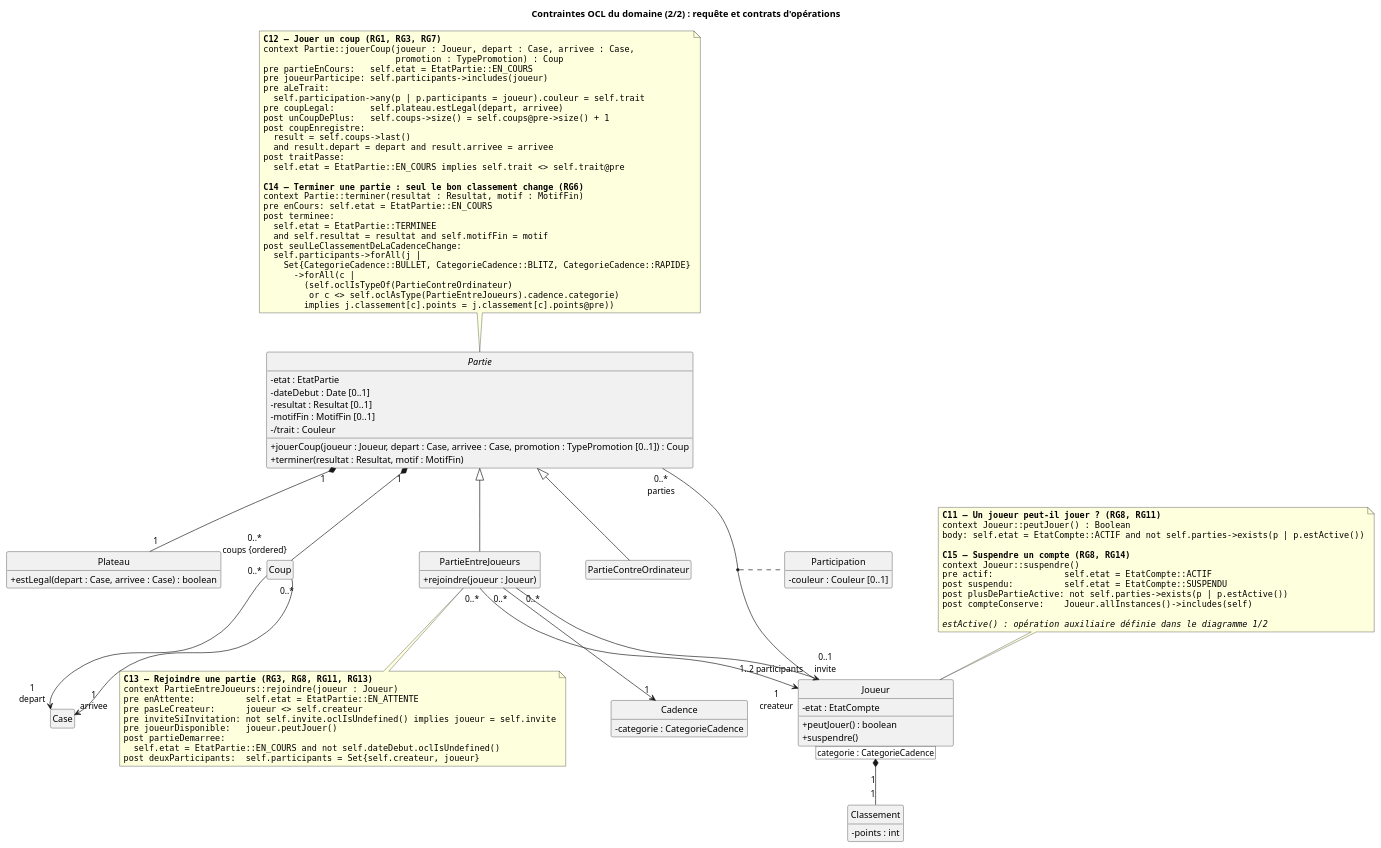
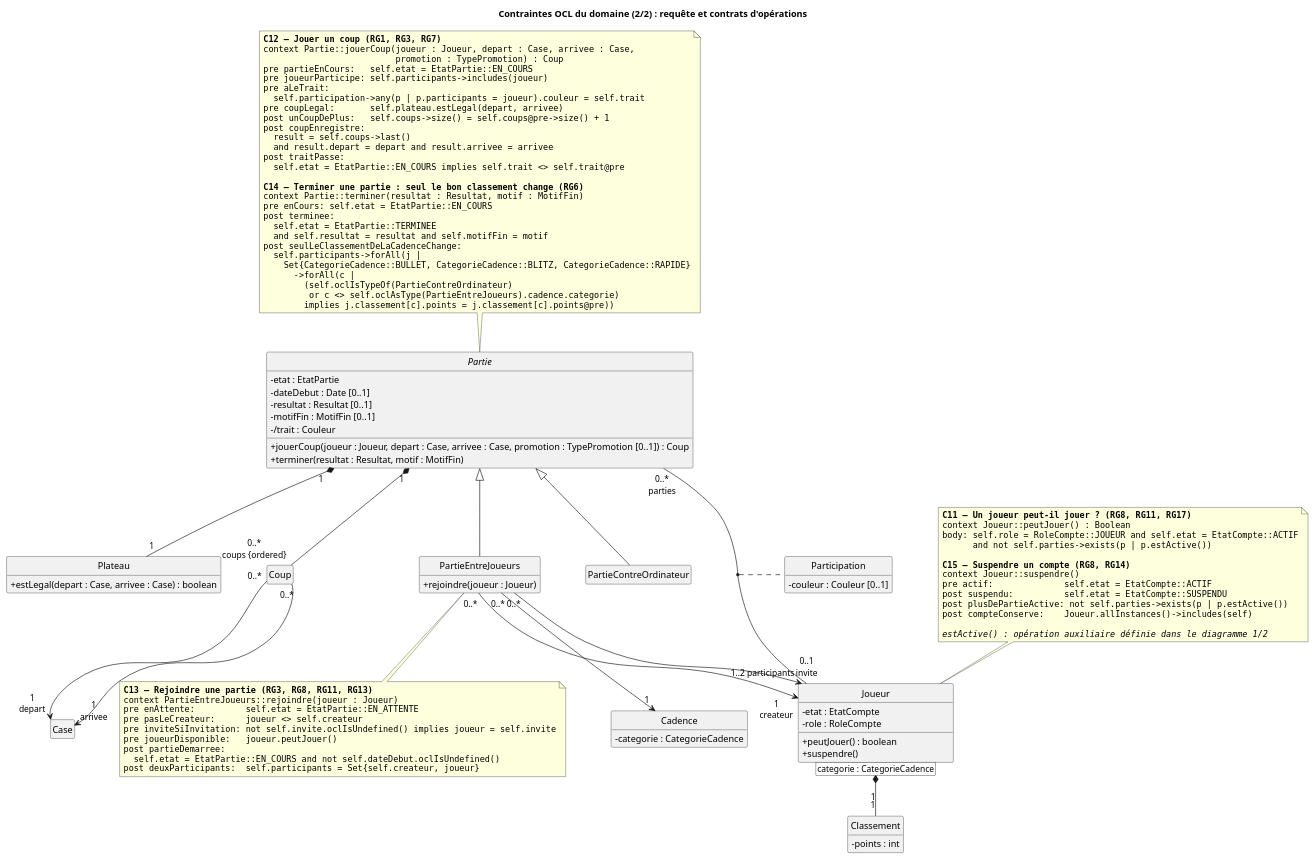
The diagram in diagrams/classes-ocl-contrats.puml (kevinBissouth/projet_echecs_tic315), drawn with PlantUML before and after one commit. The commit also changed 13 other files, not shown here.

Commit message:
docs: add the administrator role and google to the diagrams

```diff
--- a/diagrams/classes-ocl-contrats.puml
+++ b/diagrams/classes-ocl-contrats.puml
@@ -1,145 +1,147 @@
 @startuml classes-ocl-contrats
 ' Vue du modèle du domaine annotée de ses contraintes OCL (jalon J4), 2e partie :
 ' requête et contrats d'opérations (C11 à C15). Les invariants et attributs dérivés
 ' (C1 à C10), ainsi que l'opération auxiliaire estActive(), sont dans
 ' classes-ocl-invariants.puml.
 ' Un modèle, plusieurs diagrammes (cours, §1.5) : les classes ne montrent que les
 ' attributs, rôles et opérations utilisés par les contraintes ; leur contenu complet
 ' est dans classes-domaine.puml. Chaque contrat est une note rattachée à la classe
 ' qui porte l'opération (cours, figure 28).
 ' Le texte OCL est celui de docs/contraintes-ocl.md, qui le justifie : le modifier
 ' aux deux endroits.
 
 title Contraintes OCL du domaine (2/2) : requête et contrats d'opérations
 
 hide circle
 hide empty members
 skinparam classAttributeIconSize 0
 skinparam noteFontName Monospaced
 skinparam nodesep 70
 skinparam ranksep 60
 
 ' ---- Classes (vue partielle) ----
 
 class Joueur {
   - etat : EtatCompte
+  - role : RoleCompte
   + peutJouer() : boolean
   + suspendre()
 }
 
 abstract class Partie {
   - etat : EtatPartie
   - dateDebut : Date [0..1]
   - resultat : Resultat [0..1]
   - motifFin : MotifFin [0..1]
   - /trait : Couleur
   + jouerCoup(joueur : Joueur, depart : Case, arrivee : Case, promotion : TypePromotion [0..1]) : Coup
   + terminer(resultat : Resultat, motif : MotifFin)
 }
 
 class PartieEntreJoueurs {
   + rejoindre(joueur : Joueur)
 }
 class PartieContreOrdinateur
 
 class Participation {
   - couleur : Couleur [0..1]
 }
 
 class Cadence {
   - categorie : CategorieCadence
 }
 
 class Classement {
   - points : int
 }
 
 class Plateau {
   + estLegal(depart : Case, arrivee : Case) : boolean
 }
 
 class Coup
 class Case
 
 Partie <|-- PartieEntreJoueurs
 Partie <|-- PartieContreOrdinateur
 
 Partie "0..*\nparties" -- "1..2 participants" Joueur
 (Partie, Joueur) .. Participation
 PartieEntreJoueurs "0..*" --> "1\ncreateur\n\n" Joueur
 PartieEntreJoueurs "0..*" --> "\n\n0..1\ninvite" Joueur
 PartieEntreJoueurs "0..*" --> "1" Cadence
 Joueur [categorie : CategorieCadence] "\n\n1" *-- "1" Classement
 
 Partie "1" *-- "1" Plateau
 Partie "1" *-- "0..*\ncoups {ordered}" Coup
 Coup "0..*" --> "1\ndepart" Case
 Coup "0..*" --> "1\narrivee" Case
 
 ' ---- Contraintes ----
 
 note top of Joueur
-  <b>C11 — Un joueur peut-il jouer ? (RG8, RG11)</b>
+  <b>C11 — Un joueur peut-il jouer ? (RG8, RG11, RG17)</b>
   context Joueur::peutJouer() : Boolean
-  body: self.etat = EtatCompte::ACTIF and not self.parties->exists(p | p.estActive())
+  body: self.role = RoleCompte::JOUEUR and self.etat = EtatCompte::ACTIF
+        and not self.parties->exists(p | p.estActive())
 
   <b>C15 — Suspendre un compte (RG8, RG14)</b>
   context Joueur::suspendre()
   pre actif:              self.etat = EtatCompte::ACTIF
   post suspendu:          self.etat = EtatCompte::SUSPENDU
   post plusDePartieActive: not self.parties->exists(p | p.estActive())
   post compteConserve:    Joueur.allInstances()->includes(self)
 
   <i>estActive() : opération auxiliaire définie dans le diagramme 1/2</i>
 end note
 
 note top of Partie
   <b>C12 — Jouer un coup (RG1, RG3, RG7)</b>
   context Partie::jouerCoup(joueur : Joueur, depart : Case, arrivee : Case,
                             promotion : TypePromotion) : Coup
   pre partieEnCours:   self.etat = EtatPartie::EN_COURS
   pre joueurParticipe: self.participants->includes(joueur)
   pre aLeTrait:
     self.participation->any(p | p.participants = joueur).couleur = self.trait
   pre coupLegal:       self.plateau.estLegal(depart, arrivee)
   post unCoupDePlus:   self.coups->size() = self.coups@pre->size() + 1
   post coupEnregistre:
     result = self.coups->last()
     and result.depart = depart and result.arrivee = arrivee
   post traitPasse:
     self.etat = EtatPartie::EN_COURS implies self.trait <> self.trait@pre
 
   <b>C14 — Terminer une partie : seul le bon classement change (RG6)</b>
   context Partie::terminer(resultat : Resultat, motif : MotifFin)
   pre enCours: self.etat = EtatPartie::EN_COURS
   post terminee:
     self.etat = EtatPartie::TERMINEE
     and self.resultat = resultat and self.motifFin = motif
   post seulLeClassementDeLaCadenceChange:
     self.participants->forAll(j |
       Set{CategorieCadence::BULLET, CategorieCadence::BLITZ, CategorieCadence::RAPIDE}
         ->forAll(c |
           (self.oclIsTypeOf(PartieContreOrdinateur)
            or c <> self.oclAsType(PartieEntreJoueurs).cadence.categorie)
           implies j.classement[c].points = j.classement[c].points@pre))
 end note
 
 note bottom of PartieEntreJoueurs
   <b>C13 — Rejoindre une partie (RG3, RG8, RG11, RG13)</b>
   context PartieEntreJoueurs::rejoindre(joueur : Joueur)
   pre enAttente:          self.etat = EtatPartie::EN_ATTENTE
   pre pasLeCreateur:      joueur <> self.createur
   pre inviteSiInvitation: not self.invite.oclIsUndefined() implies joueur = self.invite
   pre joueurDisponible:   joueur.peutJouer()
   post partieDemarree:
     self.etat = EtatPartie::EN_COURS and not self.dateDebut.oclIsUndefined()
   post deuxParticipants:  self.participants = Set{self.createur, joueur}
 end note
 
 ' ---- Mise en page uniquement (lien invisible, sans effet sur le modèle) ----
 ' Coup à côté de Plateau : sa composition ne croise plus l'étiquette « parties ».
 ' Les retours à la ligne écartent « createur » et « invite », qui arrivent au
 ' même endroit de Joueur.
 Plateau -[hidden]right- Coup
 
 @enduml
```
